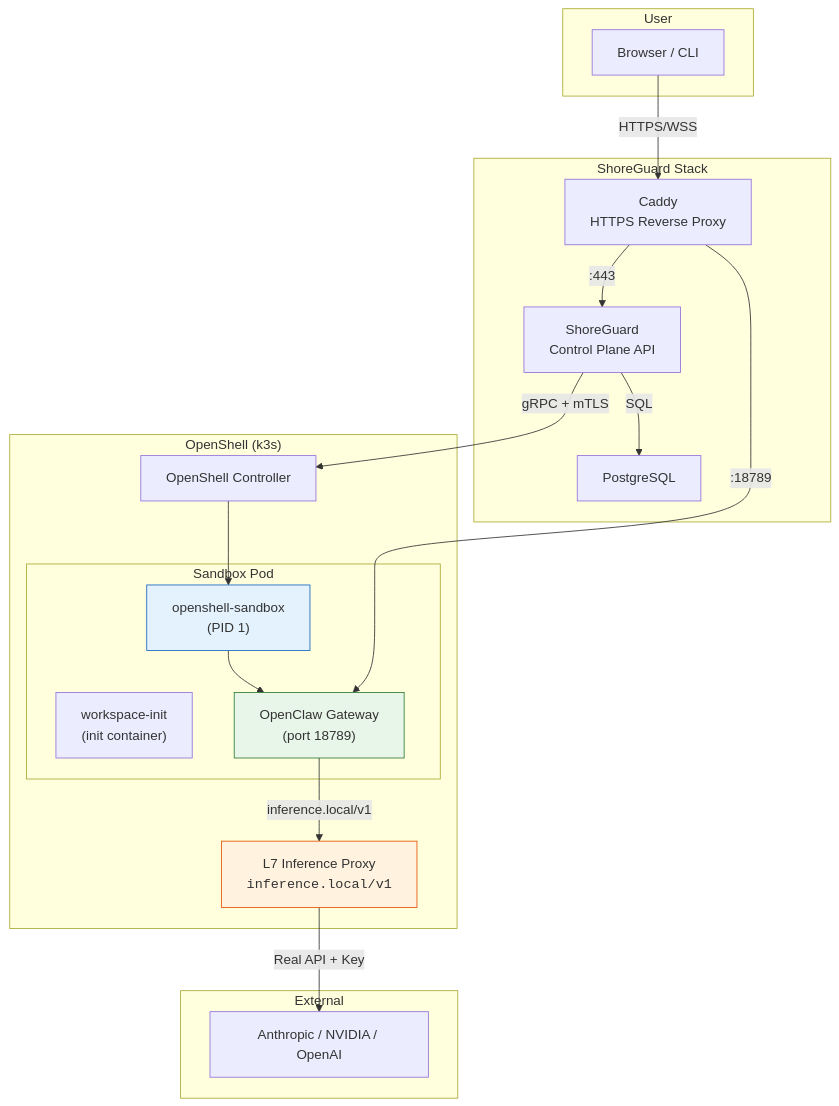
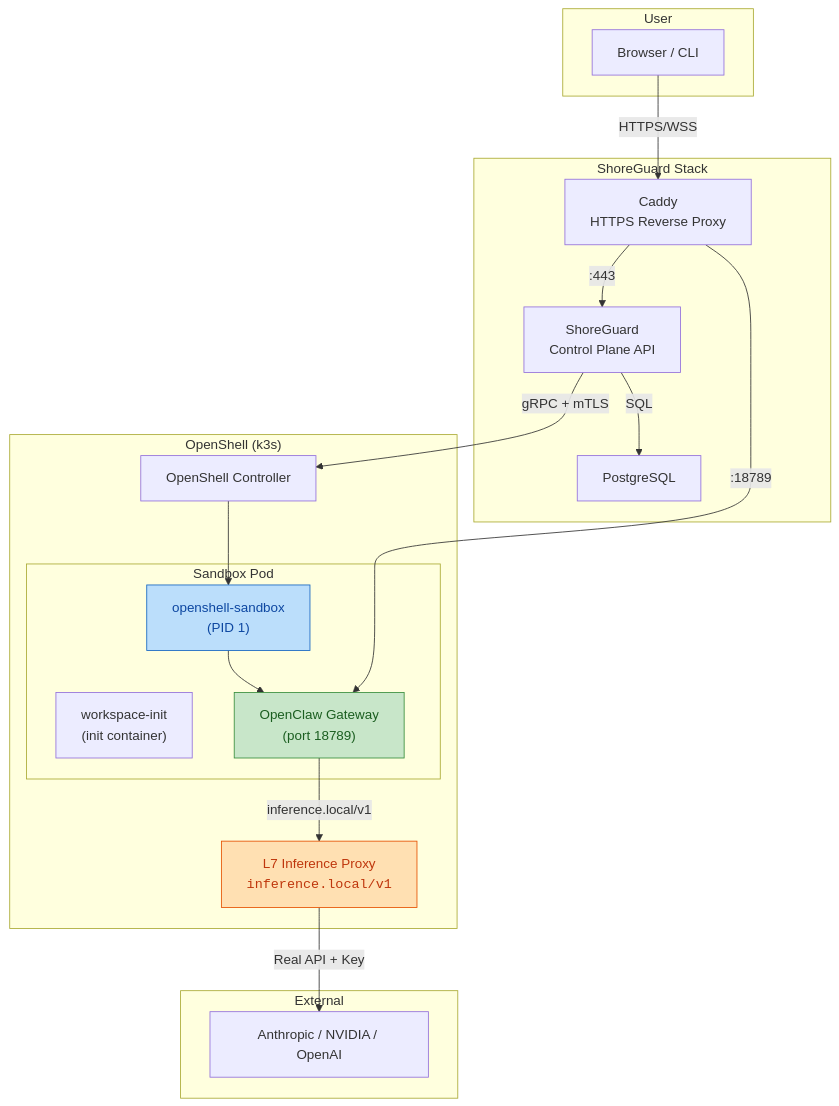
One commit to FloHofstetter/shoreguard changed the first of 2 diagrams in images/openclaw/README.md. Above: the diagram before and after it, drawn with Mermaid.

Commit message:
docs: improve mermaid diagram contrast for dark mode

````diff
--- a/images/openclaw/README.md
+++ b/images/openclaw/README.md
@@ -10,41 +10,41 @@
 ```mermaid
 graph TB
     subgraph "User"
         Browser["Browser / CLI"]
     end
 
     subgraph "ShoreGuard Stack"
         Caddy["Caddy<br/>HTTPS Reverse Proxy"]
         SG["ShoreGuard<br/>Control Plane API"]
         DB["PostgreSQL"]
     end
 
     subgraph "OpenShell (k3s)"
         OS["OpenShell Controller"]
         Proxy["L7 Inference Proxy<br/><code>inference.local/v1</code>"]
 
         subgraph "Sandbox Pod"
             Init["workspace-init<br/>(init container)"]
             Agent["openshell-sandbox<br/>(PID 1)"]
             GW["OpenClaw Gateway<br/>(port 18789)"]
         end
     end
 
     subgraph "External"
         LLM["Anthropic / NVIDIA / OpenAI"]
     end
 
     Browser -->|"HTTPS/WSS"| Caddy
     Caddy -->|":443"| SG
     Caddy -->|":18789"| GW
     SG -->|"gRPC + mTLS"| OS
     SG -->|"SQL"| DB
     OS --> Agent
     Agent --> GW
     GW -->|"inference.local/v1"| Proxy
     Proxy -->|"Real API + Key"| LLM
 
-    style GW fill:#e8f5e9,stroke:#2e7d32
-    style Proxy fill:#fff3e0,stroke:#e65100
-    style Agent fill:#e3f2fd,stroke:#1565c0
+    style GW fill:#c8e6c9,stroke:#388e3c,color:#1b5e20
+    style Proxy fill:#ffe0b2,stroke:#e65100,color:#bf360c
+    style Agent fill:#bbdefb,stroke:#1565c0,color:#0d47a1
 ```
````
